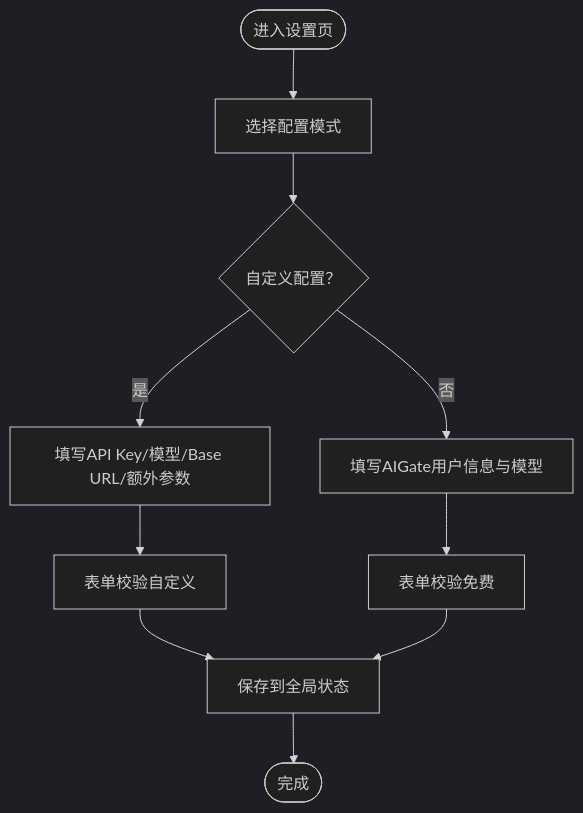
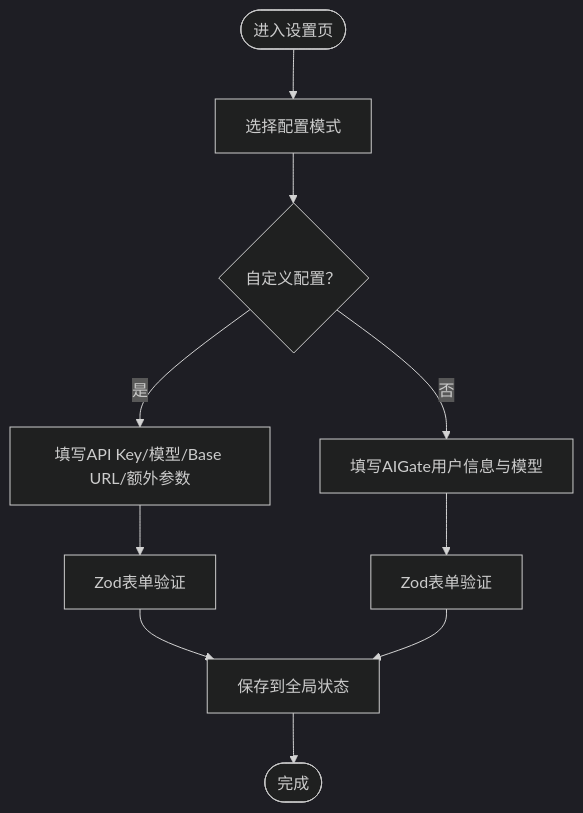
One commit to RadiumAg/bilibili-favorites changed the third of 7 diagrams in .qoder/repowiki/zh/content/核心功能模块/配置管理系统.md. Above: the diagram before and after it, drawn with Mermaid (dark theme). The commit also changed other lines of this file and 21 other files, not shown here.

````diff
--- a/.qoder/repowiki/zh/content/核心功能模块/配置管理系统.md
+++ b/.qoder/repowiki/zh/content/核心功能模块/配置管理系统.md
@@ -161,12 +166,12 @@
 ```mermaid
 flowchart TD
 Start(["进入设置页"]) --> ModeSel["选择配置模式"]
 ModeSel --> Custom{"自定义配置？"}
 Custom --> |是| FillCustom["填写API Key/模型/Base URL/额外参数"]
 Custom --> |否| FillFree["填写AIGate用户信息与模型"]
-FillCustom --> ValidateCustom["表单校验自定义"]
-FillFree --> ValidateFree["表单校验免费"]
+FillCustom --> ValidateCustom["Zod表单验证"]
+FillFree --> ValidateFree["Zod表单验证"]
 ValidateCustom --> Save["保存到全局状态"]
 ValidateFree --> Save
 Save --> End(["完成"])
 ```
````
